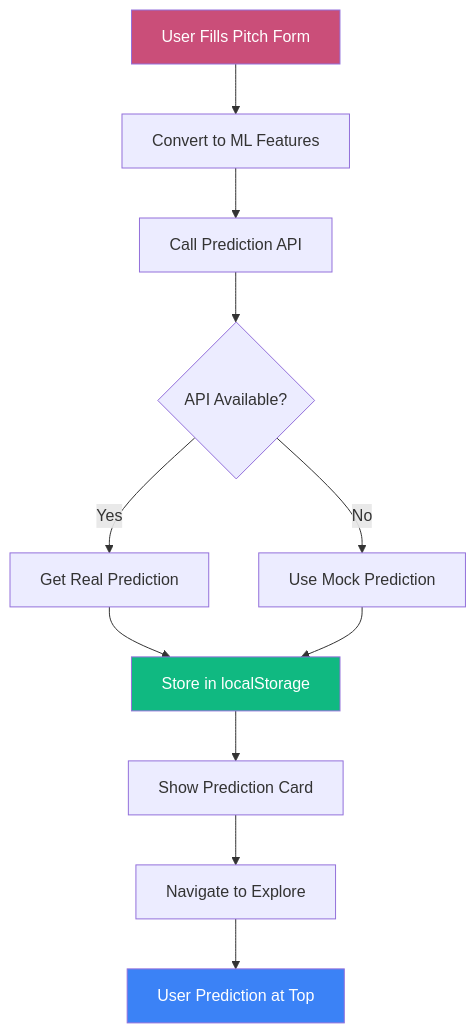
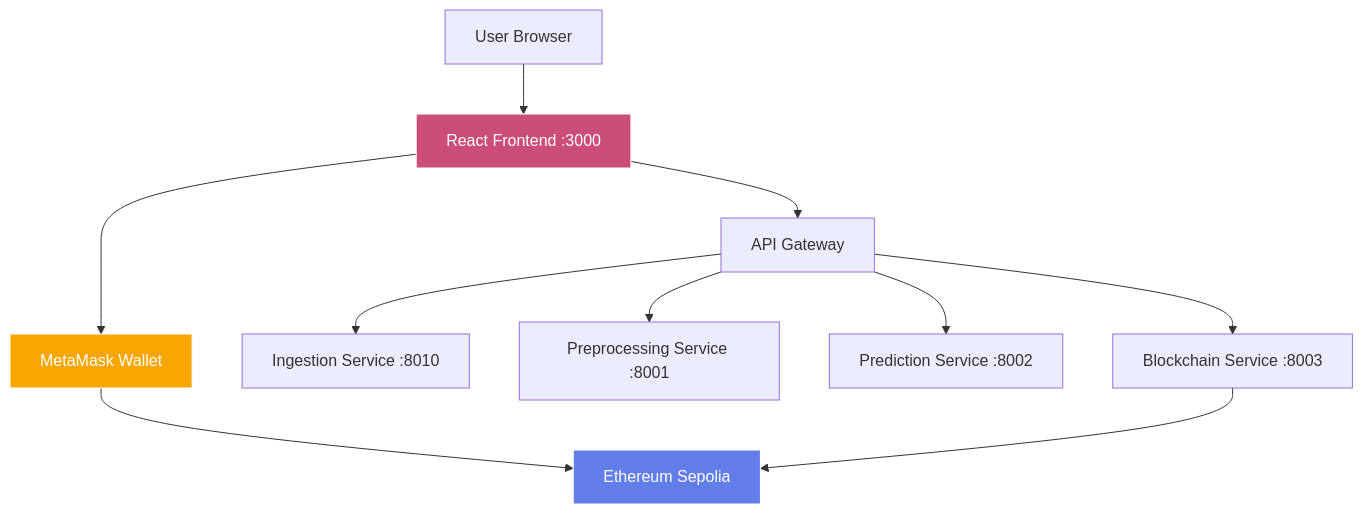
The first of 3 diagrams in frontend/README.md (mysticalseeker24/SuperPage), drawn with Mermaid before and after one commit. The commit also changed other lines of this file and 8 other files, not shown here.

````diff
--- a/frontend/README.md
+++ b/frontend/README.md
@@ -229,17 +16,17 @@
 ```mermaid
 graph TD
-    A[User Fills Pitch Form] --> B[Convert to ML Features]
-    B --> C[Call Prediction API]
-    C --> D{API Available?}
-    D -->|Yes| E[Get Real Prediction]
-    D -->|No| F[Use Mock Prediction]
-    E --> G[Store in localStorage]
-    F --> G
-    G --> H[Show Prediction Card]
-    H --> I[Navigate to Explore]
-    I --> J[User Prediction at Top]
-
-    style A fill:#CA4E79,color:white
-    style G fill:#10b981,color:white
-    style J fill:#3b82f6,color:white
+    A[User Browser] --> B[React Frontend :3000]
+    B --> C[MetaMask Wallet]
+    B --> D[API Gateway]
+    D --> E[Ingestion Service :8010]
+    D --> F[Preprocessing Service :8001]
+    D --> G[Prediction Service :8002]
+    D --> H[Blockchain Service :8003]
+    
+    C --> I[Ethereum Sepolia]
+    H --> I
+    
+    style B fill:#CA4E79,stroke:#fff,color:#fff
+    style C fill:#f9a602,stroke:#fff,color:#fff
+    style I fill:#627eea,stroke:#fff,color:#fff
 ```
````
